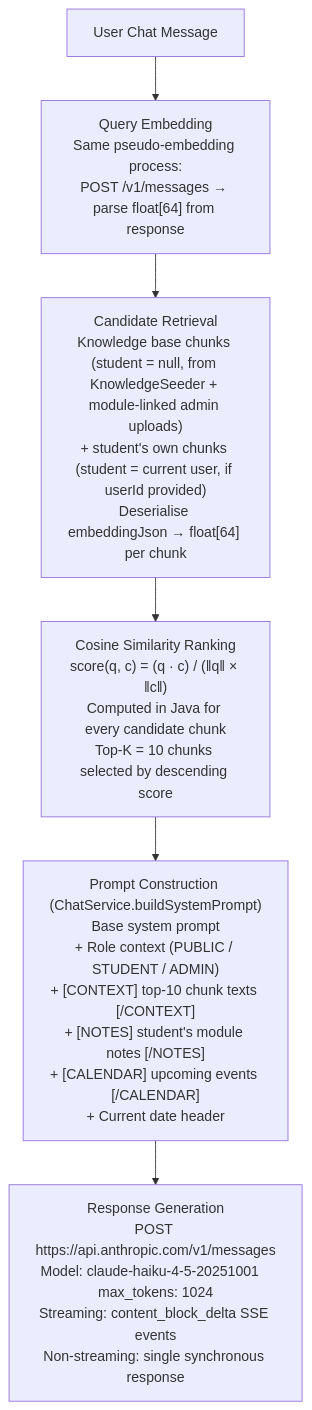
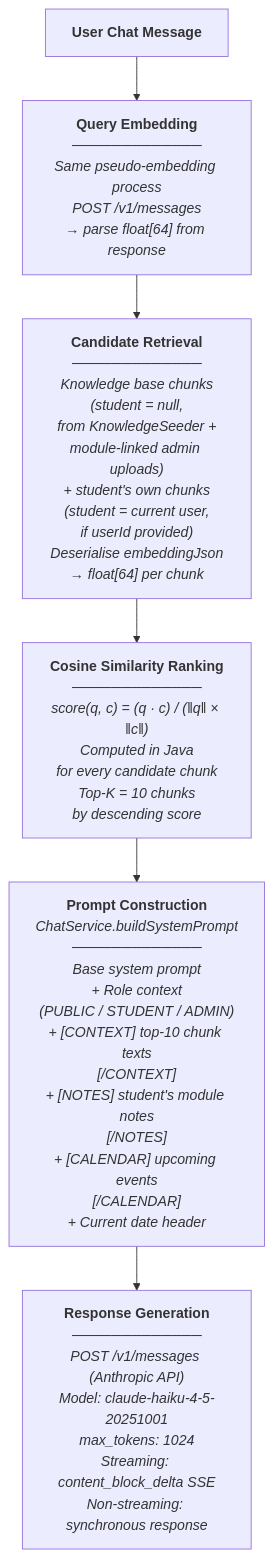
The second of 2 diagrams in README.md (sayeed-sadman/bit-semester-planner), drawn with Mermaid before and after one commit. The commit also changed other lines of this file, not shown here.

Commit message:
Improve README RAG diagram layout with side-by-side table and cleaner node labels

````diff
--- a/README.md
+++ b/README.md
@@ -791,8 +798,9 @@
 ```mermaid
 flowchart TD
-    A["User Chat Message"] --> B["Query Embedding<br/>Same pseudo-embedding process:<br/>POST /v1/messages → parse float[64] from response"]
-    B --> C["Candidate Retrieval<br/>Knowledge base chunks (student = null, from KnowledgeSeeder + module-linked admin uploads)<br/>+ student's own chunks (student = current user, if userId provided)<br/>Deserialise embeddingJson → float[64] per chunk"]
-    C --> D["Cosine Similarity Ranking<br/>score(q, c) = (q · c) / (‖q‖ × ‖c‖)<br/>Computed in Java for every candidate chunk<br/>Top-K = 10 chunks selected by descending score"]
-    D --> E["Prompt Construction (ChatService.buildSystemPrompt)<br/>Base system prompt<br/>+ Role context (PUBLIC / STUDENT / ADMIN)<br/>+ [CONTEXT] top-10 chunk texts [/CONTEXT]<br/>+ [NOTES] student's module notes [/NOTES]<br/>+ [CALENDAR] upcoming events [/CALENDAR]<br/>+ Current date header"]
-    E --> F["Response Generation<br/>POST https://api.anthropic.com/v1/messages<br/>Model: claude-haiku-4-5-20251001   max_tokens: 1024<br/>Streaming: content_block_delta SSE events<br/>Non-streaming: single synchronous response"]
+    A["<b>User Chat Message</b>"]
+    --> B["<b>Query Embedding</b><br/>─────────────<br/><i>Same pseudo-embedding process<br/>POST /v1/messages<br/>→ parse float[64] from response</i>"]
+    B --> C["<b>Candidate Retrieval</b><br/>─────────────<br/><i>Knowledge base chunks<br/>(student = null,<br/>from KnowledgeSeeder +<br/>module-linked admin uploads)<br/>+ student's own chunks<br/>(student = current user,<br/>if userId provided)<br/>Deserialise embeddingJson<br/>→ float[64] per chunk</i>"]
+    C --> D["<b>Cosine Similarity Ranking</b><br/>─────────────<br/><i>score(q, c) = (q · c) / (‖q‖ × ‖c‖)<br/>Computed in Java<br/>for every candidate chunk<br/>Top-K = 10 chunks<br/>by descending score</i>"]
+    D --> E["<b>Prompt Construction</b><br/><i>ChatService.buildSystemPrompt</i><br/>─────────────<br/><i>Base system prompt<br/>+ Role context<br/>(PUBLIC / STUDENT / ADMIN)<br/>+ [CONTEXT] top-10 chunk texts<br/>[/CONTEXT]<br/>+ [NOTES] student's module notes<br/>[/NOTES]<br/>+ [CALENDAR] upcoming events<br/>[/CALENDAR]<br/>+ Current date header</i>"]
+    E --> F["<b>Response Generation</b><br/>─────────────<br/><i>POST /v1/messages (Anthropic API)<br/>Model: claude-haiku-4-5-20251001<br/>max_tokens: 1024<br/>Streaming: content_block_delta SSE<br/>Non-streaming: synchronous response</i>"]
 ```
````
